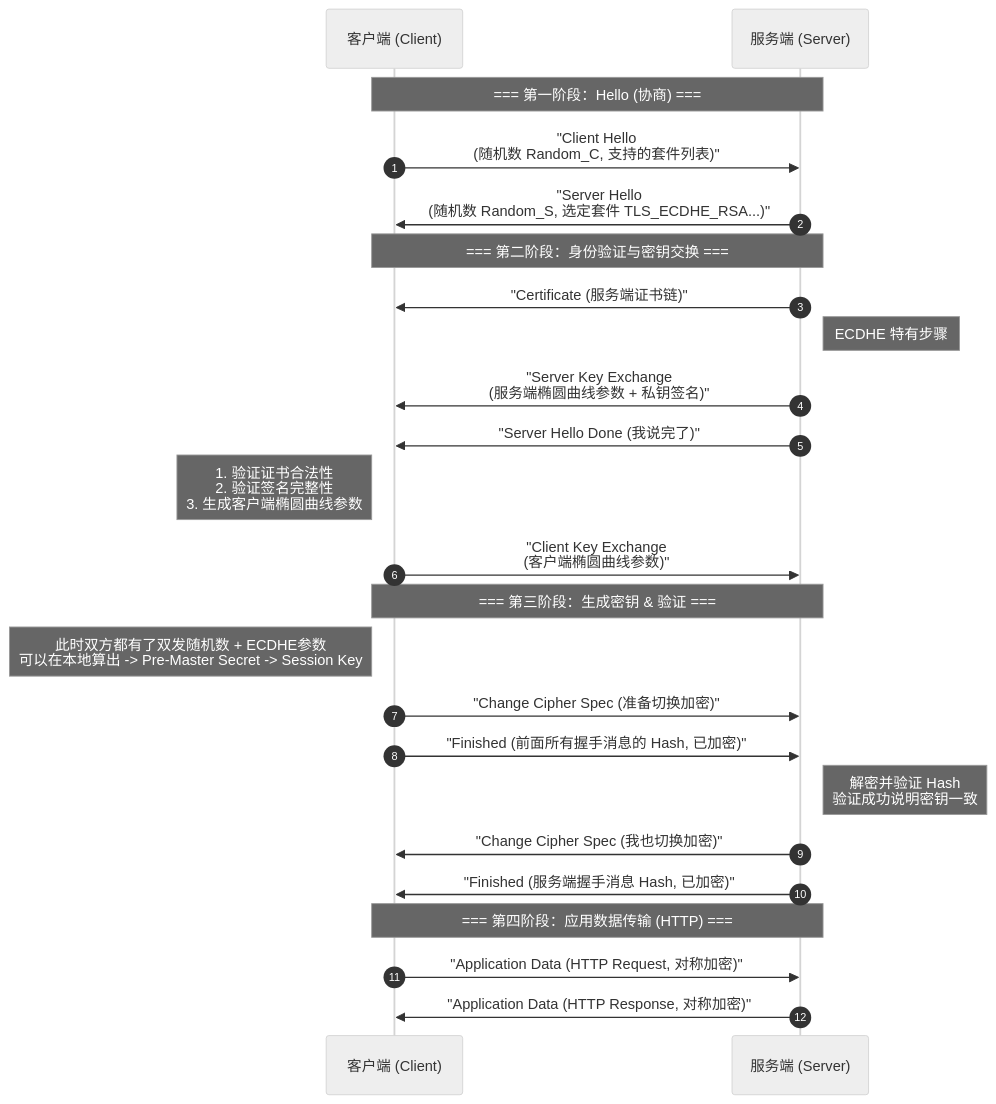
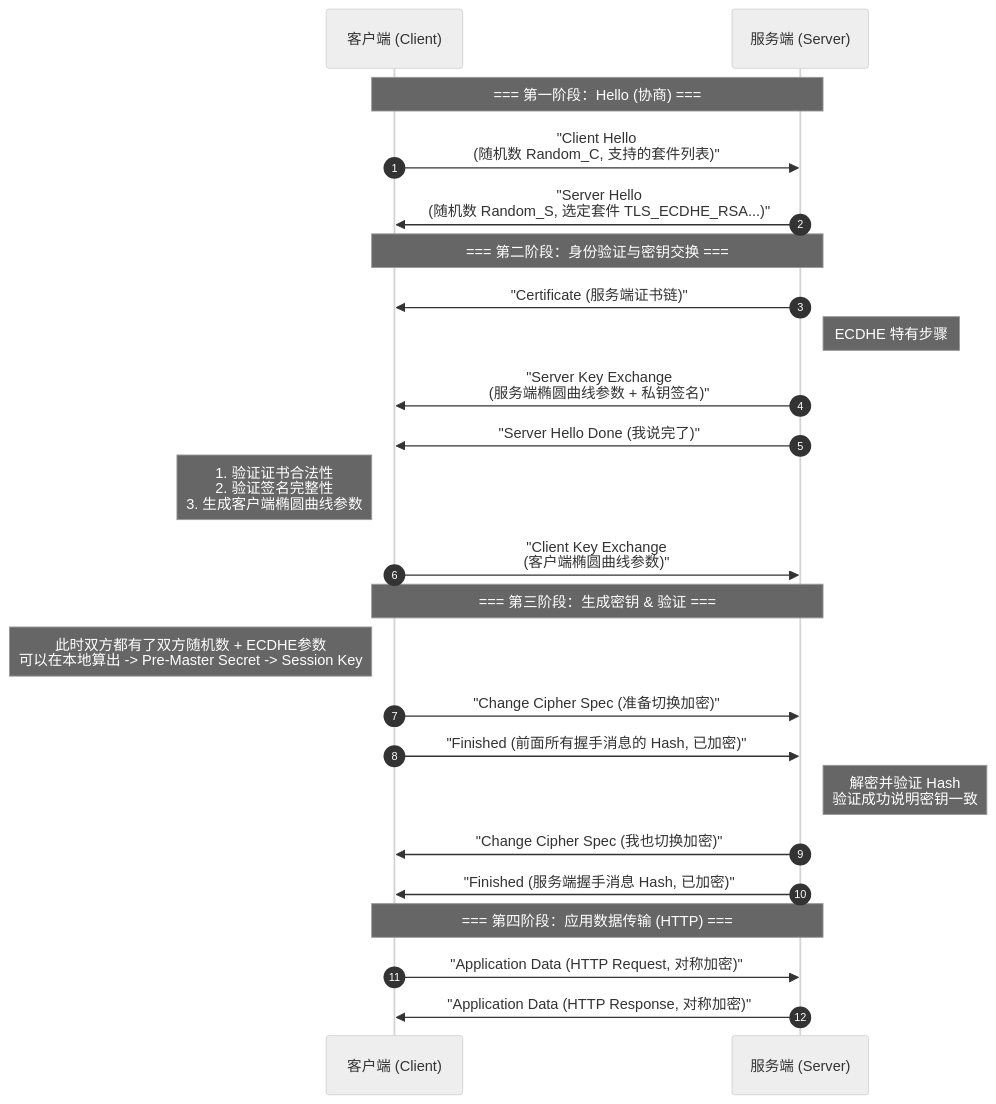
One commit to Wavepoet/hikari_Notes_Datacom changed the second of 4 diagrams in 理论/TCP_IP/1.应用层/TLS_SSL.md. Above: the diagram before and after it, drawn with Mermaid (neutral theme). The commit also changed other lines of this file and 44 other files, not shown here.

````diff
--- a/理论/TCP_IP/1.应用层/TLS_SSL.md
+++ b/理论/TCP_IP/1.应用层/TLS_SSL.md
@@ -96,33 +94,33 @@
 ```mermaid
 sequenceDiagram
 autonumber
 participant C as 客户端 (Client)
 participant S as 服务端 (Server)
 
 Note over C,S: === 第一阶段：Hello (协商) ===
 C->>S: "Client Hello<br/>(随机数 Random_C, 支持的套件列表)"
 S->>C: "Server Hello<br/>(随机数 Random_S, 选定套件 TLS_ECDHE_RSA...)"
 
 Note over C,S: === 第二阶段：身份验证与密钥交换 ===
 S->>C: "Certificate (服务端证书链)"
 Note right of S: ECDHE 特有步骤
 S->>C: "Server Key Exchange<br/>(服务端椭圆曲线参数 + 私钥签名)"
 S->>C: "Server Hello Done (我说完了)"
 
 Note left of C: 1. 验证证书合法性<br/>2. 验证签名完整性<br/>3. 生成客户端椭圆曲线参数
 C->>S: "Client Key Exchange<br/>(客户端椭圆曲线参数)"
 
 Note over C,S: === 第三阶段：生成密钥 & 验证 ===
-Note left of C: 此时双方都有了双发随机数 + ECDHE参数<br/>可以在本地算出 -> Pre-Master Secret -> Session Key
+Note left of C: 此时双方都有了双方随机数 + ECDHE参数<br/>可以在本地算出 -> Pre-Master Secret -> Session Key
 
 C->>S: "Change Cipher Spec (准备切换加密)"
 C->>S: "Finished (前面所有握手消息的 Hash, 已加密)"
 
 Note right of S: 解密并验证 Hash<br/>验证成功说明密钥一致
 S->>C: "Change Cipher Spec (我也切换加密)"
 S->>C: "Finished (服务端握手消息 Hash, 已加密)"
 
 Note over C,S: === 第四阶段：应用数据传输 (HTTP) ===
 C->>S: "Application Data (HTTP Request, 对称加密)"
 S->>C: "Application Data (HTTP Response, 对称加密)"
 ```
````
